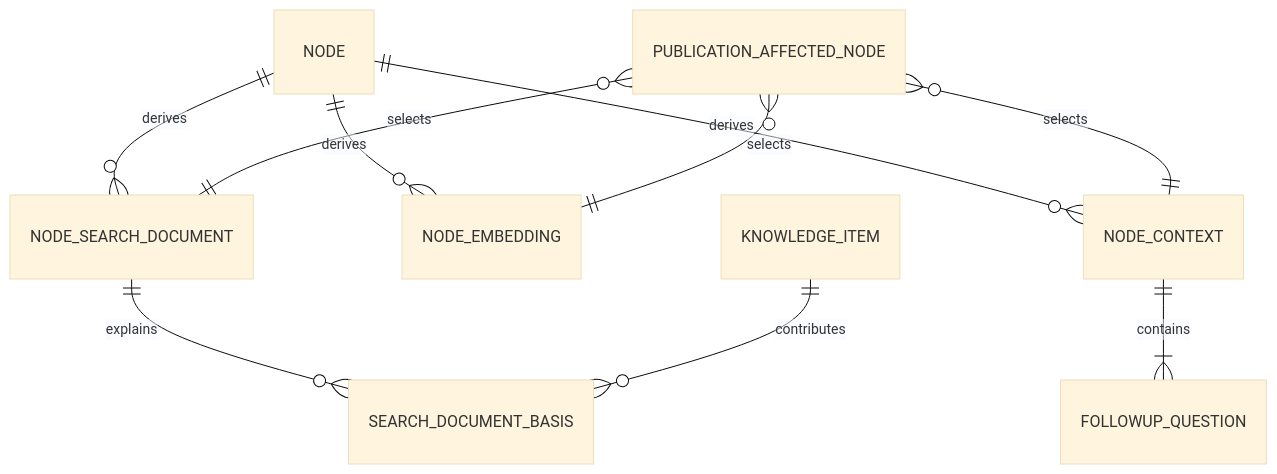
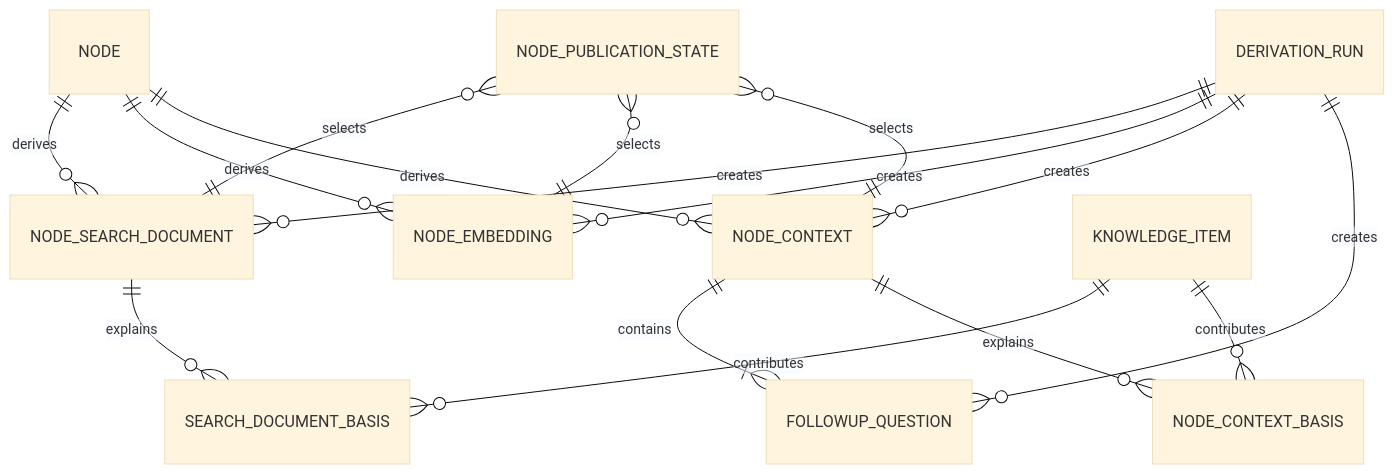
One commit to studylida/ontology-map changed the eighth of 8 diagrams in logical-data-schema.md. Above: the diagram before and after it, drawn with Mermaid (base theme). The commit also changed other lines of this file, not shown here.

Commit message:
docs: correct logical schema invariants

````diff
--- a/logical-data-schema.md
+++ b/logical-data-schema.md
@@ -199,12 +211,18 @@
 ```mermaid
 erDiagram
     NODE ||--o{ NODE_SEARCH_DOCUMENT : derives
     NODE ||--o{ NODE_EMBEDDING : derives
     NODE ||--o{ NODE_CONTEXT : derives
     NODE_CONTEXT ||--|{ FOLLOWUP_QUESTION : contains
+    DERIVATION_RUN ||--o{ NODE_SEARCH_DOCUMENT : creates
+    DERIVATION_RUN ||--o{ NODE_EMBEDDING : creates
+    DERIVATION_RUN ||--o{ NODE_CONTEXT : creates
+    DERIVATION_RUN ||--o{ FOLLOWUP_QUESTION : creates
     NODE_SEARCH_DOCUMENT ||--o{ SEARCH_DOCUMENT_BASIS : explains
     KNOWLEDGE_ITEM ||--o{ SEARCH_DOCUMENT_BASIS : contributes
-    PUBLICATION_AFFECTED_NODE }o--|| NODE_SEARCH_DOCUMENT : selects
-    PUBLICATION_AFFECTED_NODE }o--|| NODE_EMBEDDING : selects
-    PUBLICATION_AFFECTED_NODE }o--|| NODE_CONTEXT : selects
+    NODE_CONTEXT ||--o{ NODE_CONTEXT_BASIS : explains
+    KNOWLEDGE_ITEM ||--o{ NODE_CONTEXT_BASIS : contributes
+    NODE_PUBLICATION_STATE }o--|| NODE_SEARCH_DOCUMENT : selects
+    NODE_PUBLICATION_STATE }o--|| NODE_EMBEDDING : selects
+    NODE_PUBLICATION_STATE }o--|| NODE_CONTEXT : selects
 ```
````
